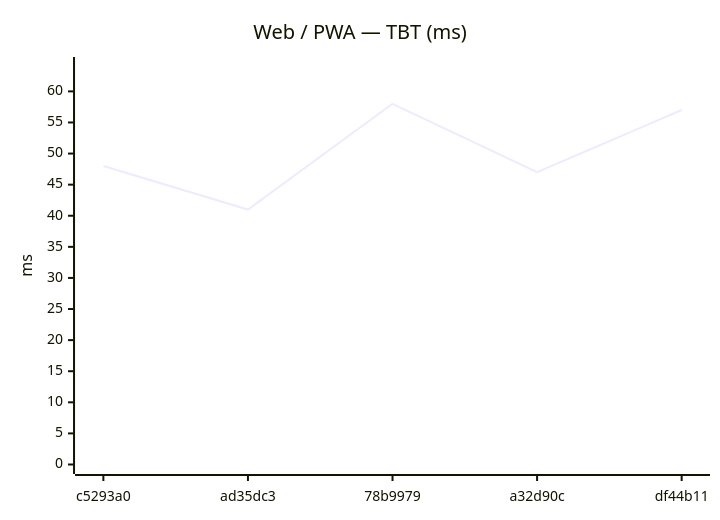
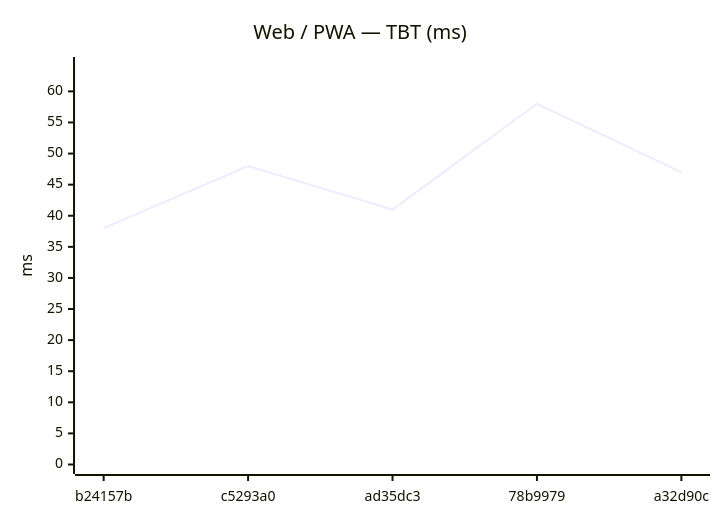
One commit to Metaheurist/Rianell changed the tenth of 24 diagrams in benchmarks/compare.md. Above: the diagram before and after it, drawn with Mermaid. The commit also changed other lines of this file and 14 other files, not shown here.

````diff
--- a/benchmarks/compare.md
+++ b/benchmarks/compare.md
@@ -151,7 +151,7 @@
 ```mermaid
 xychart-beta
     title "Web / PWA — TBT (ms)"
-    x-axis ["c5293a0", "ad35dc3", "78b9979", "a32d90c", "df44b11"]
+    x-axis ["b24157b", "c5293a0", "ad35dc3", "78b9979", "a32d90c"]
     y-axis "ms" 0 --> 64
-    line [48, 41, 58, 47, 57]
+    line [38, 48, 41, 58, 47]
 ```
````
